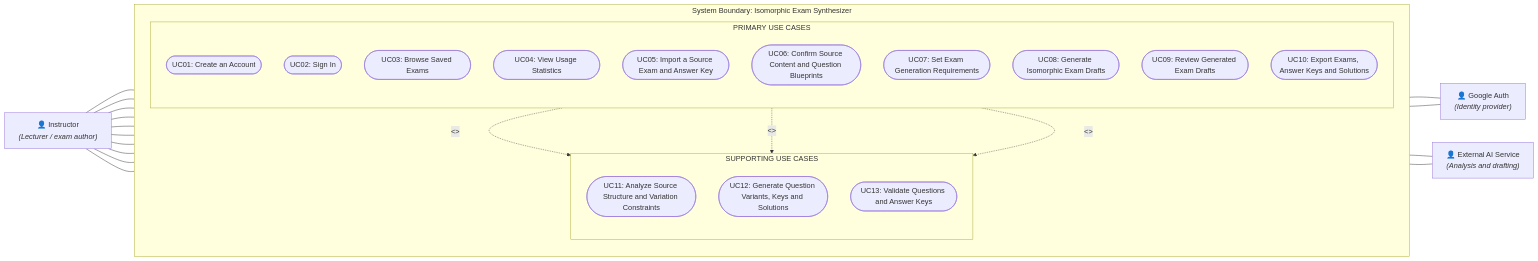
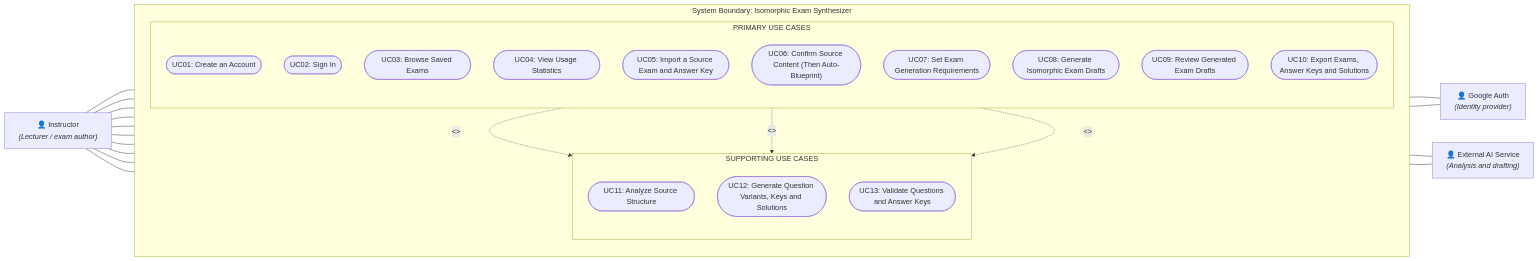
One commit to Computational-Thinking-Project/isomorphic-exam-synthesizer changed the first of 2 diagrams in docs/description.md. Above: the diagram before and after it, drawn with Mermaid. The commit also changed other lines of this file and 5 other files, not shown here.

````diff
--- a/docs/description.md
+++ b/docs/description.md
@@ -65,55 +63,55 @@
 ```mermaid
 flowchart LR
     subgraph SystemBoundary ["System Boundary: Isomorphic Exam Synthesizer"]
         direction TB
 
         subgraph PrimaryUC ["PRIMARY USE CASES"]
             direction TB
             UC01(["UC01: Create an Account"])
             UC02(["UC02: Sign In"])
             UC03(["UC03: Browse Saved Exams"])
             UC04(["UC04: View Usage Statistics"])
             UC05(["UC05: Import a Source Exam and Answer Key"])
-            UC06(["UC06: Confirm Source Content and Question Blueprints"])
+            UC06(["UC06: Confirm Source Content (Then Auto-Blueprint)"])
             UC07(["UC07: Set Exam Generation Requirements"])
             UC08(["UC08: Generate Isomorphic Exam Drafts"])
             UC09(["UC09: Review Generated Exam Drafts"])
             UC10(["UC10: Export Exams, Answer Keys and Solutions"])
         end
 
         subgraph SupportingUC ["SUPPORTING USE CASES"]
             direction TB
-            UC11(["UC11: Analyze Source Structure and Variation Constraints"])
+            UC11(["UC11: Analyze Source Structure"])
             UC12(["UC12: Generate Question Variants, Keys and Solutions"])
             UC13(["UC13: Validate Questions and Answer Keys"])
         end
     end
 
     %% Actors
     Instructor["👤 Instructor<br/><i>(Lecturer / exam author)</i>"]
     GoogleAuth["👤 Google Auth<br/><i>(Identity provider)</i>"]
     ExternalAI["👤 External AI Service<br/><i>(Analysis and drafting)</i>"]
 
     %% Instructor Associations
     Instructor --- UC01
     Instructor --- UC02
     Instructor --- UC03
     Instructor --- UC04
     Instructor --- UC05
     Instructor --- UC06
     Instructor --- UC07
     Instructor --- UC08
     Instructor --- UC09
     Instructor --- UC10
 
     %% Supporting Actor Associations
     UC01 --- GoogleAuth
     UC02 --- GoogleAuth
     UC11 --- ExternalAI
     UC12 --- ExternalAI
 
     %% Include Dependencies
-    UC05 -. "<<include>>" .-> UC11
+    UC06 -. "<<include>>" .-> UC11
     UC08 -. "<<include>>" .-> UC12
     UC08 -. "<<include>>" .-> UC13
 ```
````
